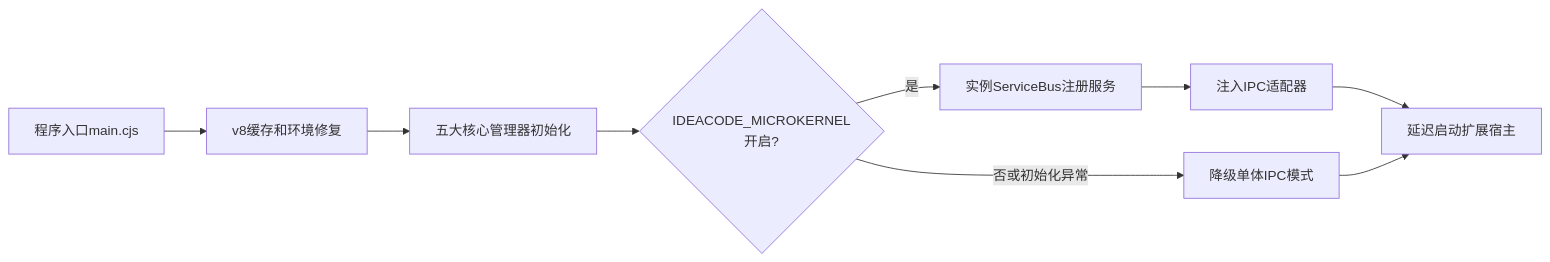
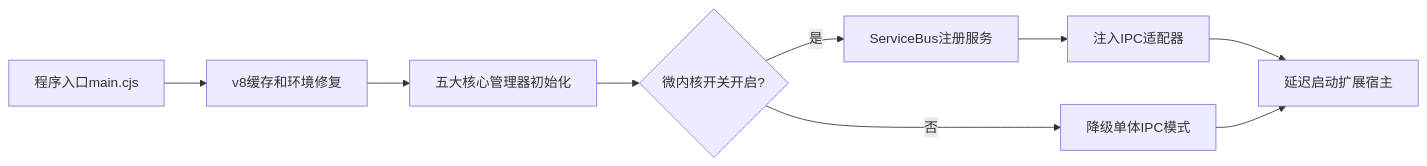
The second of 8 diagrams in README.md (chongyin10/ideaCode), drawn with Mermaid before and after one commit. The commit also changed other lines of this file, not shown here.

````diff
--- a/README.md
+++ b/README.md
@@ -167,11 +167,11 @@
 ```mermaid
 flowchart LR
-    A[程序入口main.cjs] --> A1[v8缓存和环境修复]
-    A1 --> A2[五大核心管理器初始化]
-    A2 --> B{IDEACODE_MICROKERNEL开启?}
-    B -- 是 --> C[实例ServiceBus注册服务]
-    C --> D[注入IPC适配器]
-    D --> F[延迟启动扩展宿主]
-    B -- 否或初始化异常 --> E[降级单体IPC模式]
+    A["程序入口main.cjs"] --> A1["v8缓存和环境修复"]
+    A1 --> A2["五大核心管理器初始化"]
+    A2 --> B{"微内核开关开启?"}
+    B -- 是 --> C["ServiceBus注册服务"]
+    C --> D["注入IPC适配器"]
+    D --> F["延迟启动扩展宿主"]
+    B -- 否 --> E["降级单体IPC模式"]
     E --> F
 ```
````
